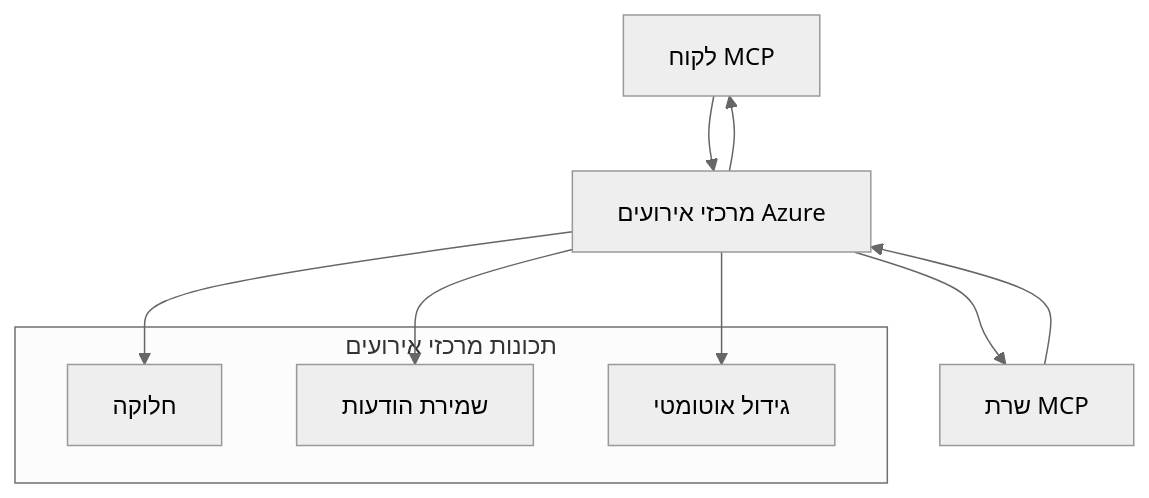
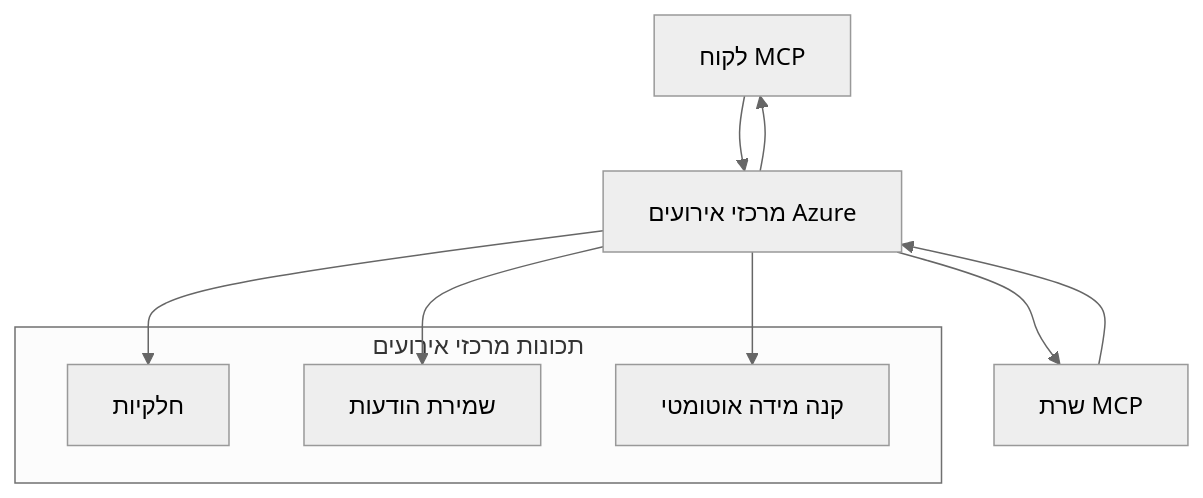
The second of 2 diagrams in mcp_ecosystem__model_context_protocol/mcp_learning_resources/mcp-for-beginners/translations/he/05-AdvancedTopics/mcp-transport/README.md (HIDORAKAI002/ai-workspace-archive), drawn with Mermaid (neutral theme) before and after one commit. The commit also changed other lines of this file and 1046 other files, not shown here.

````diff
--- a/mcp_ecosystem__model_context_protocol/mcp_learning_resources/mcp-for-beginners/translations/he/05-AdvancedTopics/mcp-transport/README.md
+++ b/mcp_ecosystem__model_context_protocol/mcp_learning_resources/mcp-for-beginners/translations/he/05-AdvancedTopics/mcp-transport/README.md
@@ -270,17 +272,17 @@
 ```mermaid
 graph TB
     Client[לקוח MCP] --> EH[מרכזי אירועים Azure]
     EH --> Server[שרת MCP]
     Server --> EH
     EH --> Client
     
     subgraph "תכונות מרכזי אירועים"
-        Partition[חלוקה]
+        Partition[חלקיות]
         Retention[שמירת הודעות]
-        Scaling[גידול אוטומטי]
+        Scaling[קנה מידה אוטומטי]
     end
     
     EH --> Partition
     EH --> Retention
     EH --> Scaling
 ```
````
